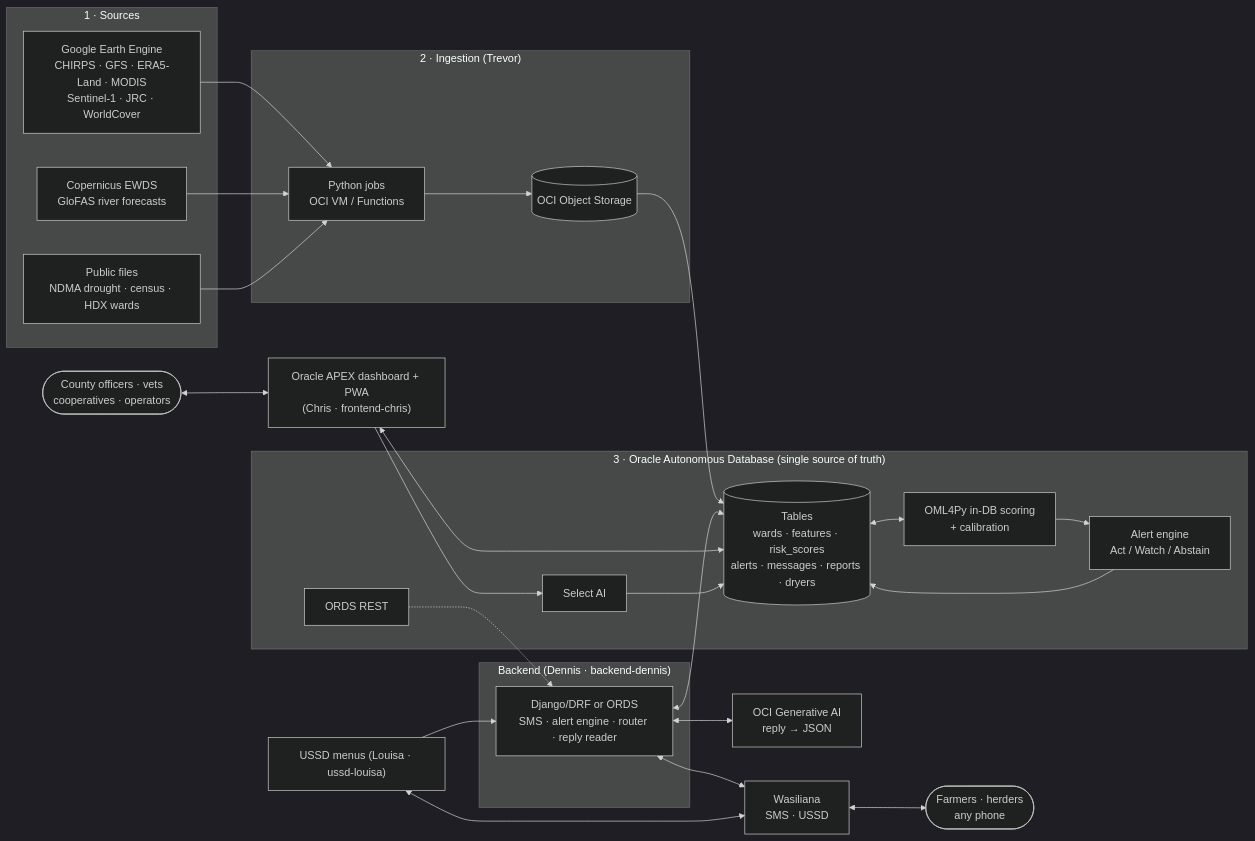
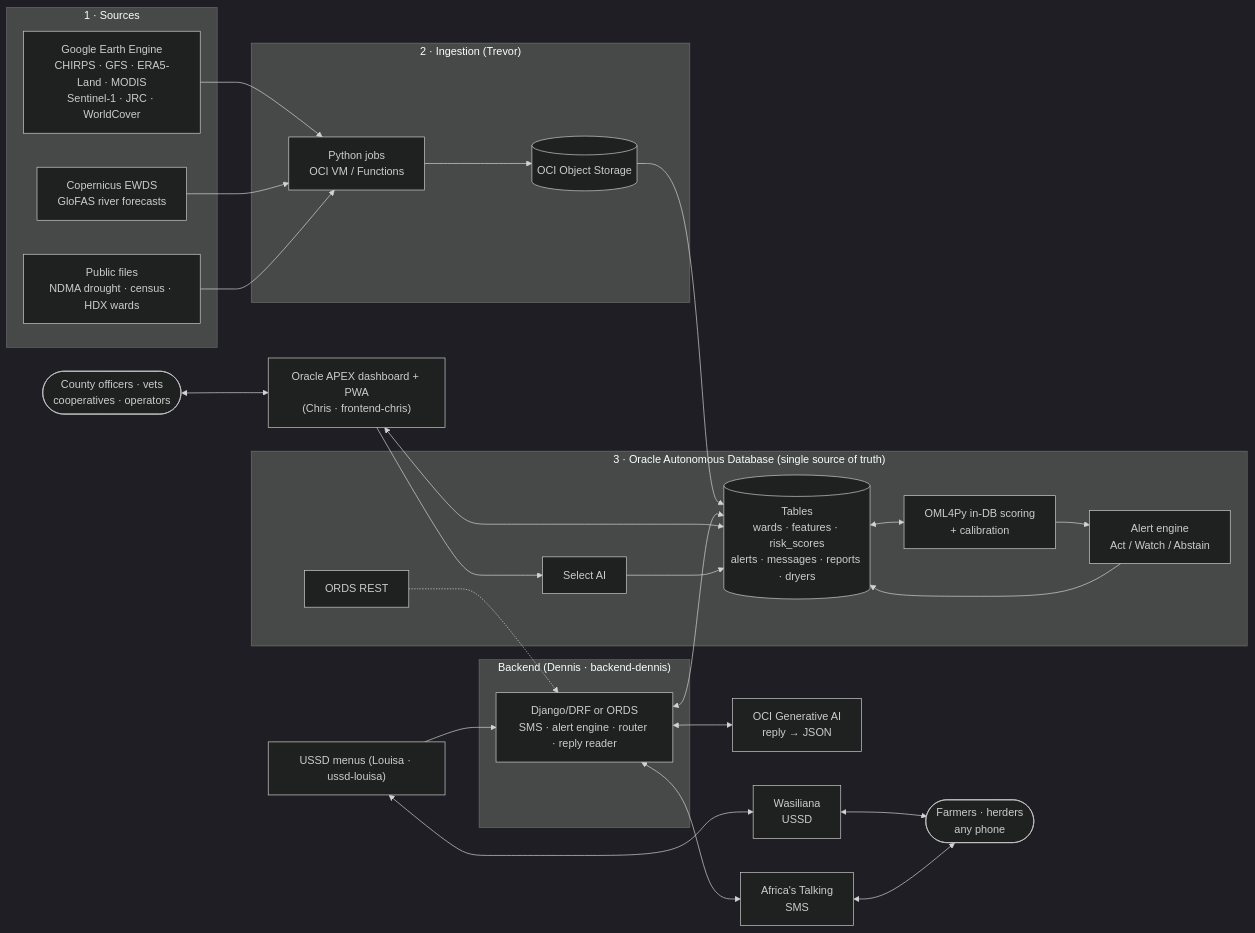
Before and after one commit to ChristopherKiokoStrathmore/DrainSense-Global: the first of 2 diagrams in README.md, drawn with Mermaid (dark theme). The commit also changed other lines of this file and 24 other files, not shown here.

````diff
--- a/README.md
+++ b/README.md
@@ -50,45 +51,47 @@
 ```mermaid
 flowchart LR
   subgraph SRC["1 · Sources"]
     GEE["Google Earth Engine<br/>CHIRPS · GFS · ERA5-Land · MODIS<br/>Sentinel-1 · JRC · WorldCover"]
     EWDS["Copernicus EWDS<br/>GloFAS river forecasts"]
     FILES["Public files<br/>NDMA drought · census · HDX wards"]
   end
   subgraph ING["2 · Ingestion (Trevor)"]
     PY["Python jobs<br/>OCI VM / Functions"]
     OS[("OCI Object Storage")]
   end
   subgraph ADB["3 · Oracle Autonomous Database (single source of truth)"]
     TBL[("Tables<br/>wards · features · risk_scores<br/>alerts · messages · reports · dryers")]
     OML["OML4Py in-DB scoring<br/>+ calibration"]
     ENG["Alert engine<br/>Act / Watch / Abstain"]
     SAI["Select AI"]
     ORDS["ORDS REST"]
   end
   subgraph BE["Backend (Dennis · backend-dennis)"]
     API["Django/DRF or ORDS<br/>SMS · alert engine · router · reply reader"]
   end
   USSD["USSD menus (Louisa · ussd-louisa)"]
   GENAI["OCI Generative AI<br/>reply → JSON"]
-  WA["Wasiliana<br/>SMS · USSD"]
+  WA["Wasiliana<br/>USSD"]
+  AT["Africa's Talking<br/>SMS"]
   APEX["Oracle APEX dashboard + PWA<br/>(Chris · frontend-chris)"]
   FARMER(["Farmers · herders<br/>any phone"])
   OFFICER(["County officers · vets<br/>cooperatives · operators"])
 
   GEE --> PY
   EWDS --> PY
   FILES --> PY
   PY --> OS --> TBL
   TBL <--> OML
   OML --> ENG --> TBL
   API <--> TBL
   API <--> GENAI
-  API <--> WA
+  API <--> AT
   USSD <--> WA
   USSD --> API
   WA <--> FARMER
+  AT <--> FARMER
   ORDS -.-> API
   APEX <--> TBL
   APEX --> SAI --> TBL
   OFFICER <--> APEX
 ```
````
